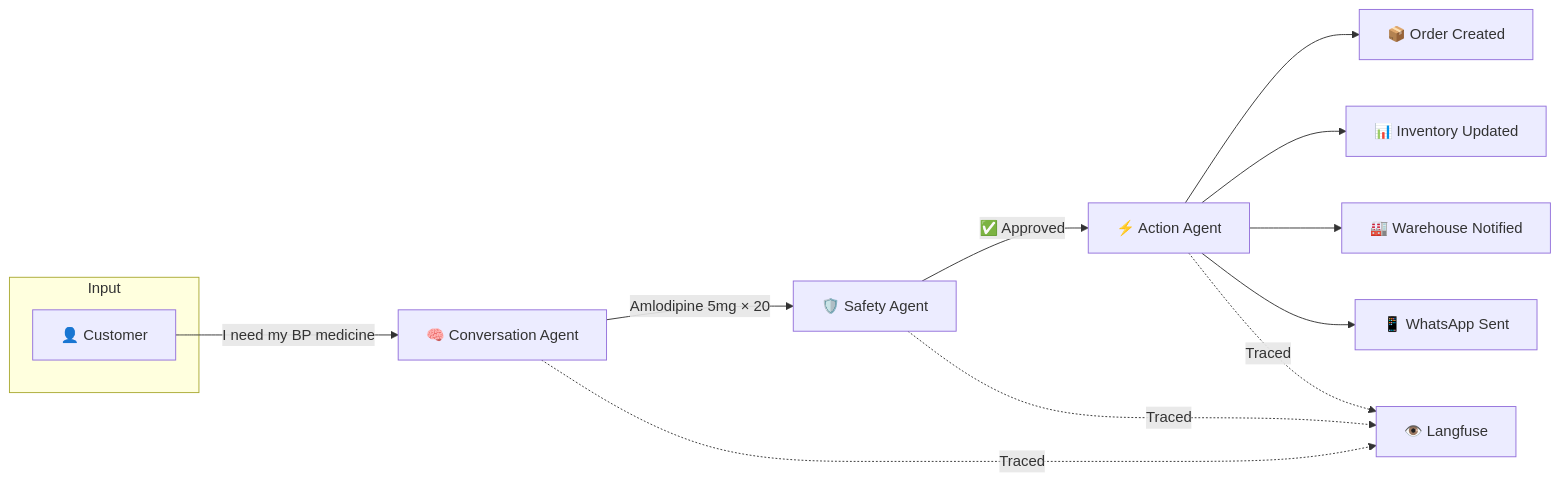
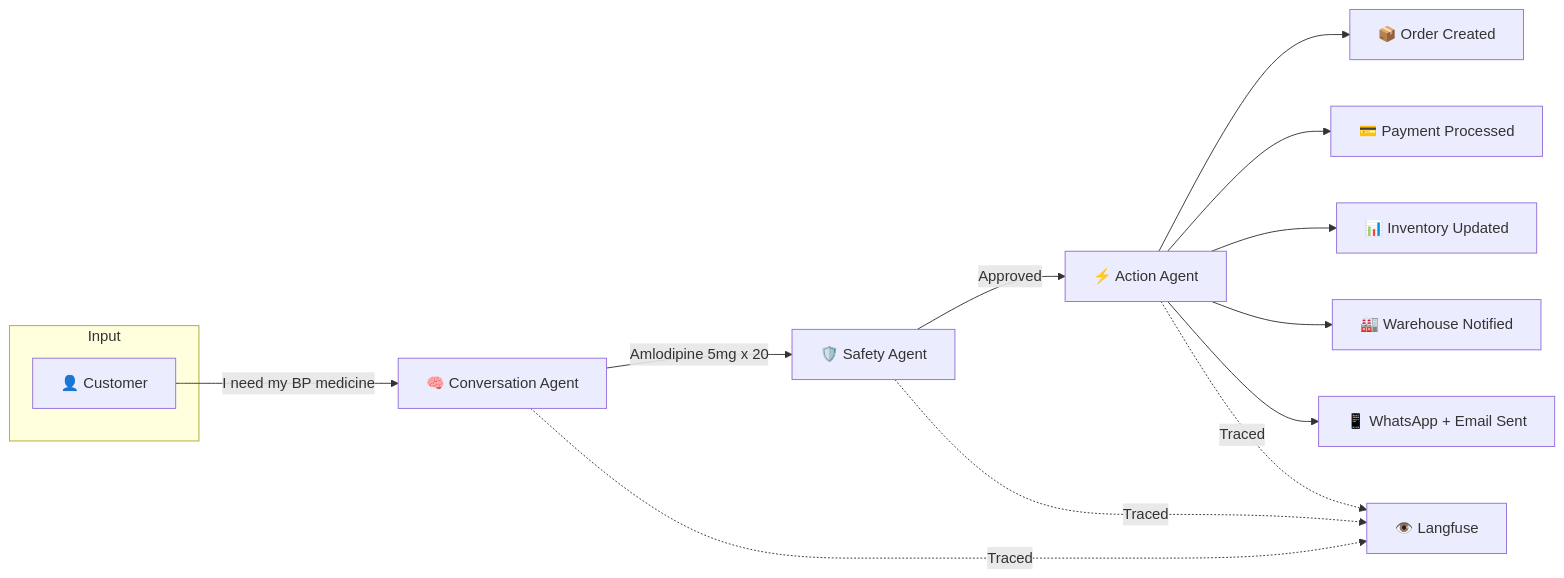
Before and after one commit to kartik-shirale/hackfusion-3: the first of 14 diagrams in README.md, drawn with Mermaid. The commit also changed other lines of this file, not shown here.

````diff
--- a/README.md
+++ b/README.md
@@ -29,17 +29,18 @@
 ```mermaid
 flowchart LR
     subgraph Input
         A[👤 Customer]
     end
     
     A -->|"I need my BP medicine"| B[🧠 Conversation Agent]
-    B -->|Amlodipine 5mg × 20| C[🛡️ Safety Agent]
-    C -->|✅ Approved| D[⚡ Action Agent]
+    B -->|Amlodipine 5mg x 20| C[🛡️ Safety Agent]
+    C -->|Approved| D[⚡ Action Agent]
     
     D --> E[📦 Order Created]
-    D --> F[📊 Inventory Updated]
-    D --> G[🏭 Warehouse Notified]
-    D --> H[📱 WhatsApp Sent]
+    D --> F[💳 Payment Processed]
+    D --> G[📊 Inventory Updated]
+    D --> H[🏭 Warehouse Notified]
+    D --> I[📱 WhatsApp + Email Sent]
     
-    B & C & D -.->|Traced| I[👁️ Langfuse]
+    B & C & D -.->|Traced| J[👁️ Langfuse]
 ```
````
